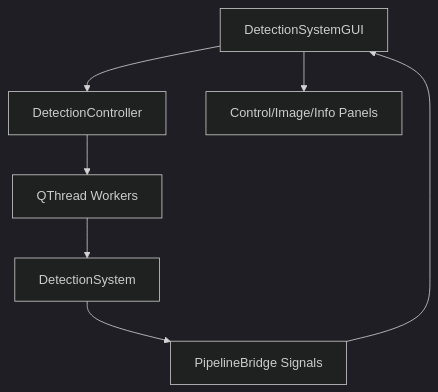
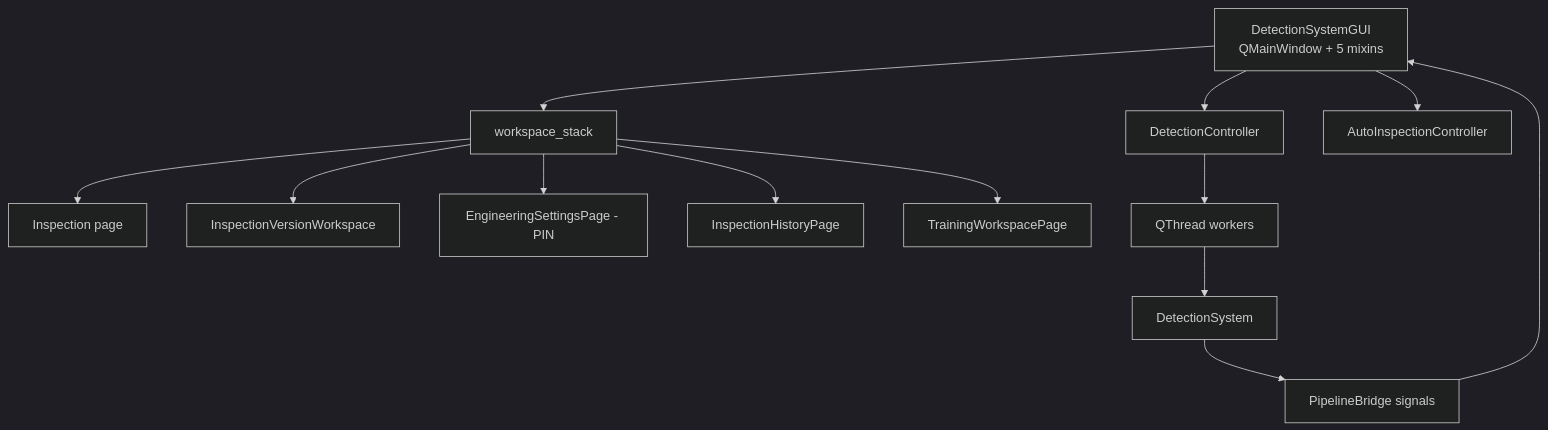
The second of 2 diagrams in docs/architecture/MODULE_ARCHITECTURE.md (DioWang67/Yolo_anomalib), drawn with Mermaid (dark theme) before and after one commit. The commit also changed other lines of this file and 2 other files, not shown here.

First line of the commit message:
docs(architecture): rewrite the module architecture from a code audit

````diff
--- a/docs/architecture/MODULE_ARCHITECTURE.md
+++ b/docs/architecture/MODULE_ARCHITECTURE.md
@@ -127,9 +218,15 @@
 ```mermaid
 graph TD
-    MainWindow[DetectionSystemGUI] --> Controller[DetectionController]
-    MainWindow --> Panels[Control/Image/Info Panels]
-    Controller --> Workers[QThread Workers]
+    MainWindow[DetectionSystemGUI<br/>QMainWindow + 5 mixins] --> Stack[workspace_stack]
+    Stack --> Inspect[Inspection page]
+    Stack --> Versions[InspectionVersionWorkspace]
+    Stack --> Eng[EngineeringSettingsPage - PIN]
+    Stack --> History[InspectionHistoryPage]
+    Stack --> Training[TrainingWorkspacePage]
+    MainWindow --> Controller[DetectionController]
+    MainWindow --> Auto[AutoInspectionController]
+    Controller --> Workers[QThread workers]
     Workers --> Core[DetectionSystem]
-    Core --> Bridge[PipelineBridge Signals]
+    Core --> Bridge[PipelineBridge signals]
     Bridge --> MainWindow
 ```
````
